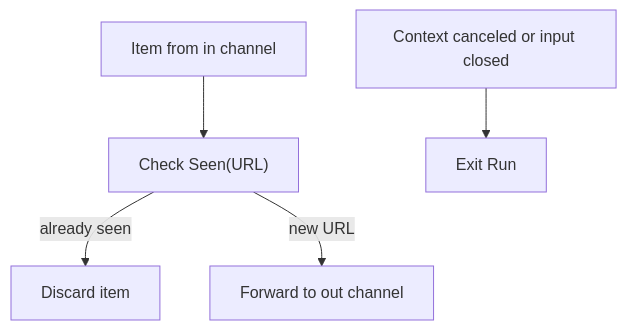
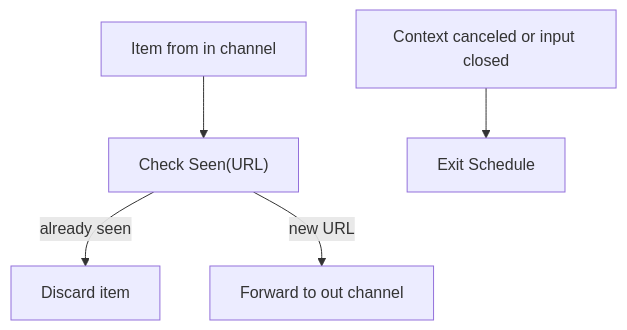
The diagram in docs/internal/crawler/scheduler.go.md (bijay-develops/Concurrent-Web-Crawler-with-Pluggable-Pipelines), drawn with Mermaid before and after one commit. The commit also changed other lines of this file and 10 other files, not shown here.

````diff
--- a/docs/internal/crawler/scheduler.go.md
+++ b/docs/internal/crawler/scheduler.go.md
@@ -51,7 +50,7 @@
 ```mermaid
 flowchart TD
   A["Item from in channel"] --> B["Check Seen(URL)"]
   B -->|already seen| C["Discard item"]
   B -->|new URL| D["Forward to out channel"]
-  E["Context canceled or input closed"] --> F["Exit Run"]
+  E["Context canceled or input closed"] --> F["Exit Schedule"]
 ```
````
